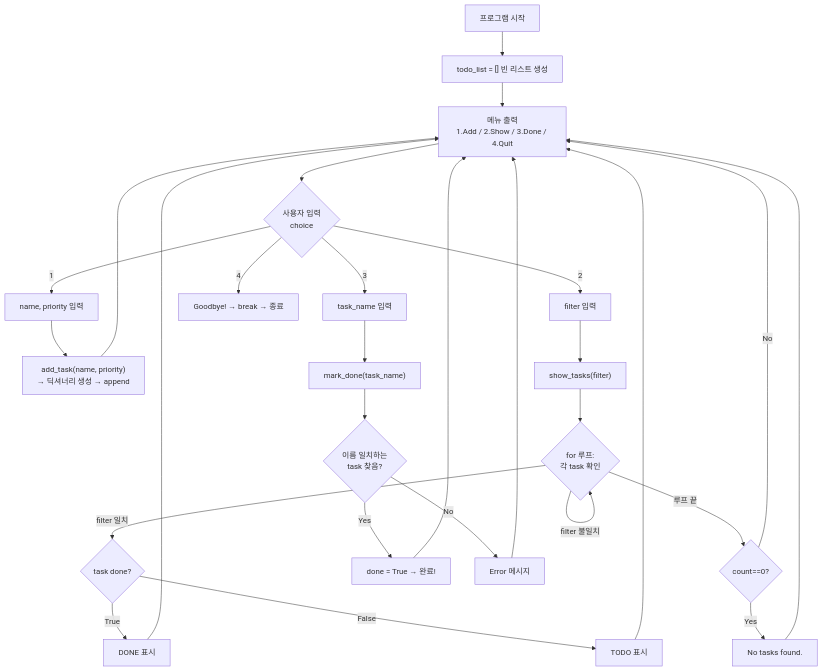
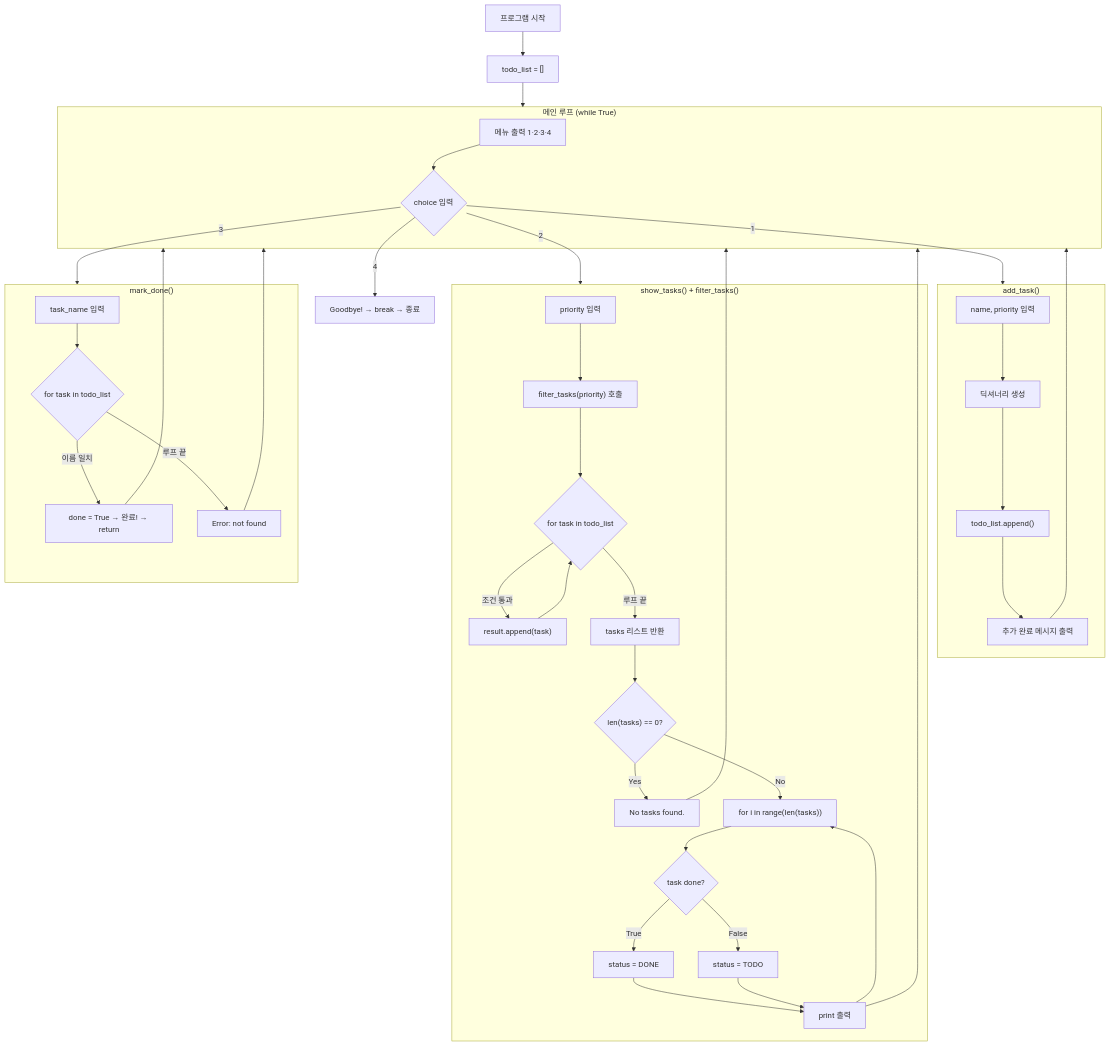
Before and after one commit to heptagram09/AP-CSP-CPT: the diagram in docs/implementation_plan.md, drawn with Mermaid. The commit also changed other lines of this file and 1 other file, not shown here.

Commit message:
v3: separate filter_tasks() for clean linear flow + update docs

````diff
--- a/docs/implementation_plan.md
+++ b/docs/implementation_plan.md
@@ -360,34 +177,48 @@
 ```mermaid
 flowchart TD
-    A["프로그램 시작"] --> B["todo_list = [] 빈 리스트 생성"]
-    B --> C["메뉴 출력<br/>1.Add / 2.Show / 3.Done / 4.Quit"]
-    C --> D{"사용자 입력<br/>choice"}
+    A["프로그램 시작"] --> B["todo_list = []"]
+    B --> MENU
 
-    D -->|"1"| E["name, priority 입력"]
-    E --> F["add_task(name, priority)<br/>→ 딕셔너리 생성 → append"]
-    F --> C
+    subgraph MENU["메인 루프 (while True)"]
+        C["메뉴 출력 1·2·3·4"] --> D{"choice 입력"}
+    end
 
-    D -->|"2"| G["filter 입력"]
-    G --> H["show_tasks(filter)"]
-    H --> I{"for 루프:<br/>각 task 확인"}
-    I -->|"filter 일치"| J{"task done?"}
-    J -->|"True"| K["DONE 표시"]
-    J -->|"False"| L["TODO 표시"]
-    I -->|"filter 불일치"| I
-    I -->|"루프 끝"| M{"count==0?"}
-    M -->|"Yes"| N["No tasks found."]
-    M -->|"No"| C
-    K --> C
-    L --> C
-    N --> C
+    D -->|"1"| ADD
+    D -->|"2"| SHOW
+    D -->|"3"| DONE
+    D -->|"4"| T["Goodbye! → break → 종료"]
 
-    D -->|"3"| O["task_name 입력"]
-    O --> P["mark_done(task_name)"]
-    P --> Q{"이름 일치하는<br/>task 찾음?"}
-    Q -->|"Yes"| R["done = True → 완료!"]
-    Q -->|"No"| S["Error 메시지"]
-    R --> C
-    S --> C
+    subgraph ADD["add_task()"]
+        E["name, priority 입력"] --> F["딕셔너리 생성"]
+        F --> G["todo_list.append()"]
+        G --> H["추가 완료 메시지 출력"]
+    end
+    H --> MENU
 
-    D -->|"4"| T["Goodbye! → break → 종료"]
+    subgraph SHOW["show_tasks() + filter_tasks()"]
+        I["priority 입력"] --> J["filter_tasks(priority) 호출"]
+        J --> K{"for task in todo_list"}
+        K -->|"조건 통과"| L["result.append(task)"]
+        K -->|"루프 끝"| M["tasks 리스트 반환"]
+        L --> K
+        M --> N{"len(tasks) == 0?"}
+        N -->|"Yes"| O["No tasks found."]
+        N -->|"No"| P["for i in range(len(tasks))"]
+        P --> Q{"task done?"}
+        Q -->|"True"| R["status = DONE"]
+        Q -->|"False"| S["status = TODO"]
+        R --> U["print 출력"]
+        S --> U
+        U --> P
+    end
+    O --> MENU
+    U --> MENU
+
+    subgraph DONE["mark_done()"]
+        V["task_name 입력"] --> W{"for task in todo_list"}
+        W -->|"이름 일치"| X["done = True → 완료! → return"]
+        W -->|"루프 끝"| Y["Error: not found"]
+    end
+    X --> MENU
+    Y --> MENU
 ```
````
